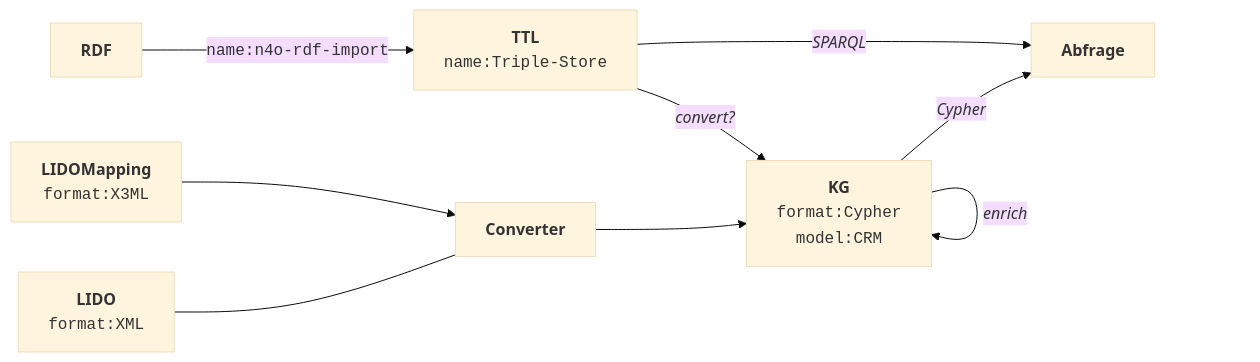
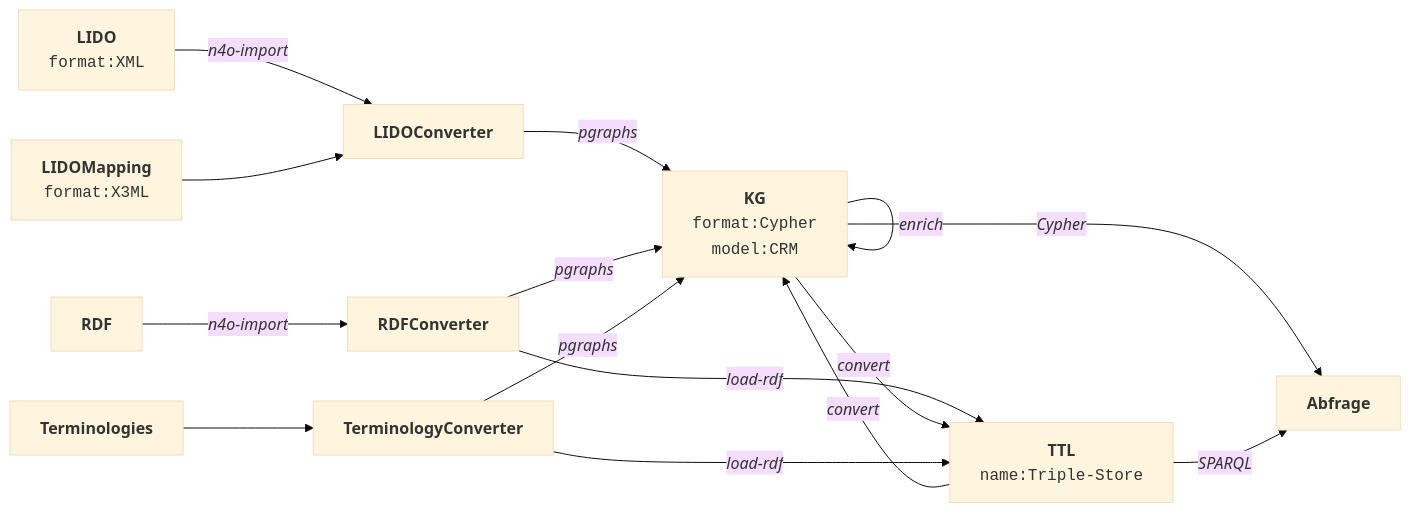
The diagram in data-flow.mmd (nfdi4objects/n4o-graph), drawn with Mermaid (base theme) before and after one commit. The commit also changed 4 other files, not shown here.

Commit message:
Changed data-flow, added rdf2cypher.py

```diff
--- a/data-flow.mmd
+++ b/data-flow.mmd
@@ -1,16 +1,25 @@
 flowchart LR
     Abfrage["<b>Abfrage</b>"]
-    Converter["<b>Converter</b>"]
     KG["<b>KG</b><br><tt>format:Cypher</tt><br><tt>model:CRM</tt>"]
     LIDO["<b>LIDO</b><br><tt>format:XML</tt>"]
+    LIDOConverter["<b>LIDOConverter</b>"]
     LIDOMapping["<b>LIDOMapping</b><br><tt>format:X3ML</tt>"]
     RDF["<b>RDF</b>"]
+    RDFConverter["<b>RDFConverter</b>"]
     TTL["<b>TTL</b><br><tt>name:Triple-Store</tt>"]
-    LIDO --- Converter
-    Converter --> KG
-    RDF -- "<tt>name:n4o-rdf-import</tt>" --> TTL
+    Terminologies["<b>Terminologies</b>"]
+    TerminologyConverter["<b>TerminologyConverter</b>"]
+    LIDO -- "<i>n4o-import</i>" --> LIDOConverter
+    LIDOConverter -- "<i>pgraphs</i>" --> KG
+    RDF -- "<i>n4o-import</i>" --> RDFConverter
+    RDFConverter -- "<i>load-rdf</i>" --> TTL
+    RDFConverter -- "<i>pgraphs</i>" --> KG
     KG -- "<i>enrich</i>" --> KG
-    LIDOMapping --> Converter
+    LIDOMapping --> LIDOConverter
     KG -- "<i>Cypher</i>" --> Abfrage
     TTL -- "<i>SPARQL</i>" --> Abfrage
-    TTL -- "<i>convert?</i>" --> KG
+    TTL -- "<i>convert</i>" --> KG
+    KG -- "<i>convert</i>" --> TTL
+    Terminologies --> TerminologyConverter
+    TerminologyConverter -- "<i>load-rdf</i>" --> TTL
+    TerminologyConverter -- "<i>pgraphs</i>" --> KG
```
